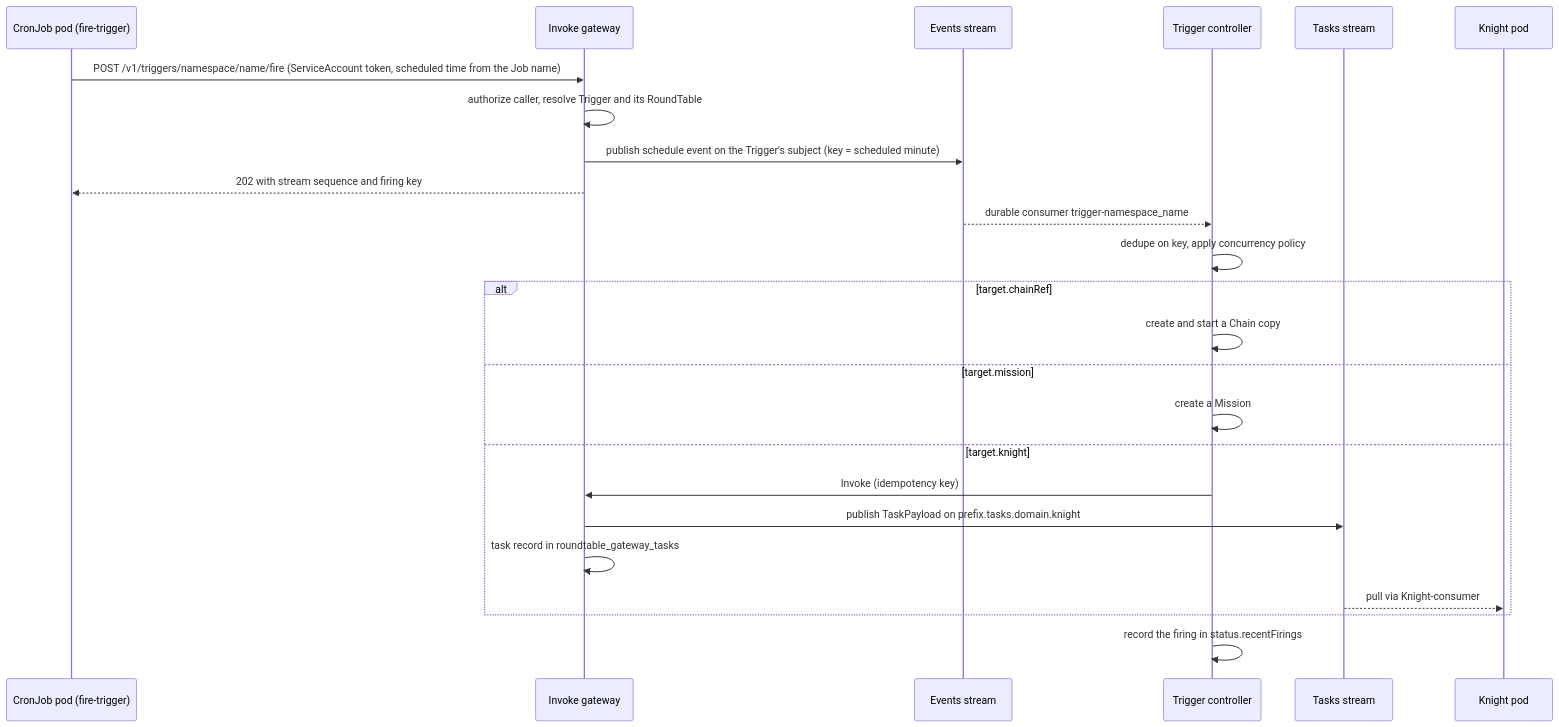
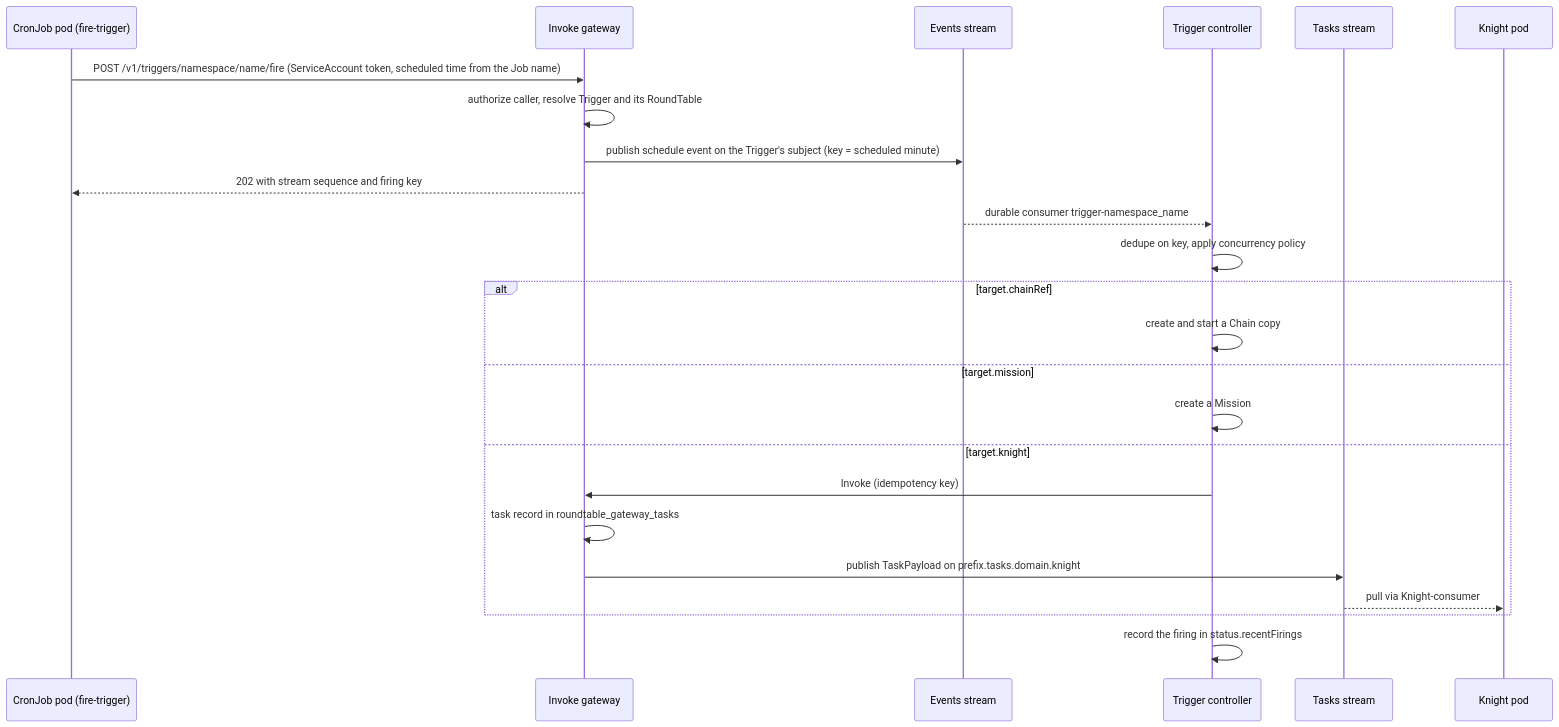
The fifth of 5 diagrams in docs/ARCHITECTURE.md (roundtable-k8s/roundtable), drawn with Mermaid before and after one commit. The commit also changed other lines of this file and 9 other files, not shown here.

````diff
--- a/docs/ARCHITECTURE.md
+++ b/docs/ARCHITECTURE.md
@@ -243,26 +243,26 @@
 ```mermaid
 sequenceDiagram
   participant CJ as CronJob pod (fire-trigger)
   participant G as Invoke gateway
   participant E as Events stream
   participant TC as Trigger controller
   participant T as Tasks stream
   participant K as Knight pod
   CJ->>G: POST /v1/triggers/namespace/name/fire (ServiceAccount token, scheduled time from the Job name)
   G->>G: authorize caller, resolve Trigger and its RoundTable
   G->>E: publish schedule event on the Trigger's subject (key = scheduled minute)
   G-->>CJ: 202 with stream sequence and firing key
   E-->>TC: durable consumer trigger-namespace_name
   TC->>TC: dedupe on key, apply concurrency policy
   alt target.chainRef
     TC->>TC: create and start a Chain copy
   else target.mission
     TC->>TC: create a Mission
   else target.knight
     TC->>G: Invoke (idempotency key)
+    G->>G: task record in roundtable_gateway_tasks
     G->>T: publish TaskPayload on prefix.tasks.domain.knight
-    G->>G: task record in roundtable_gateway_tasks
     T-->>K: pull via Knight-consumer
   end
   TC->>TC: record the firing in status.recentFirings
 ```
````
